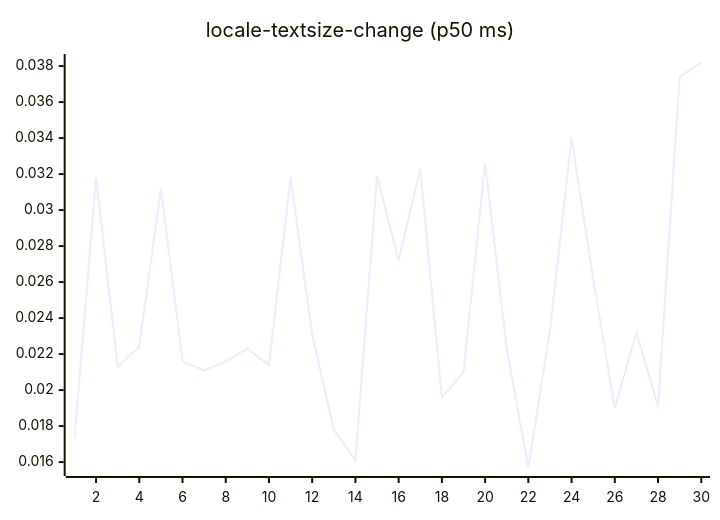
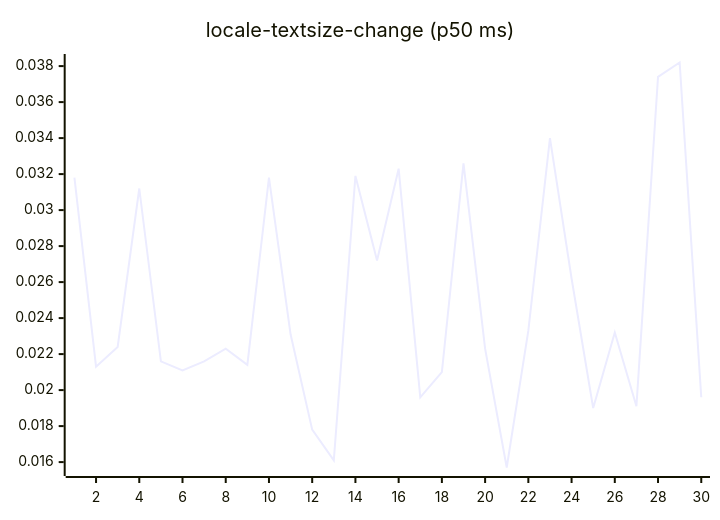
Before and after one commit to josha/Facet: diagram 13 of 27 in README.md, drawn with Mermaid. The commit also changed other lines of this file and 2 other files, not shown here.

````diff
--- a/README.md
+++ b/README.md
@@ -147,6 +147,6 @@
 ```mermaid
 xychart-beta
     title "locale-textsize-change (p50 ms)"
     x-axis 1 --> 30
-    line [0.0173, 0.0318, 0.0213, 0.0224, 0.0312, 0.0216, 0.0211, 0.0216, 0.0223, 0.0214, 0.0318, 0.0231, 0.0178, 0.0161, 0.0319, 0.0272, 0.0323, 0.0196, 0.0210, 0.0326, 0.0223, 0.0157, 0.0233, 0.0340, 0.0262, 0.0190, 0.0232, 0.0191, 0.0374, 0.0382]
+    line [0.0318, 0.0213, 0.0224, 0.0312, 0.0216, 0.0211, 0.0216, 0.0223, 0.0214, 0.0318, 0.0231, 0.0178, 0.0161, 0.0319, 0.0272, 0.0323, 0.0196, 0.0210, 0.0326, 0.0223, 0.0157, 0.0233, 0.0340, 0.0262, 0.0190, 0.0232, 0.0191, 0.0374, 0.0382, 0.0196]
 ```
````
